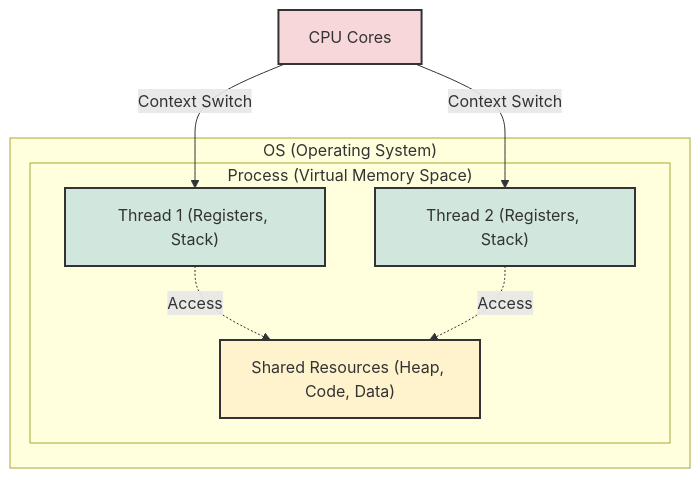
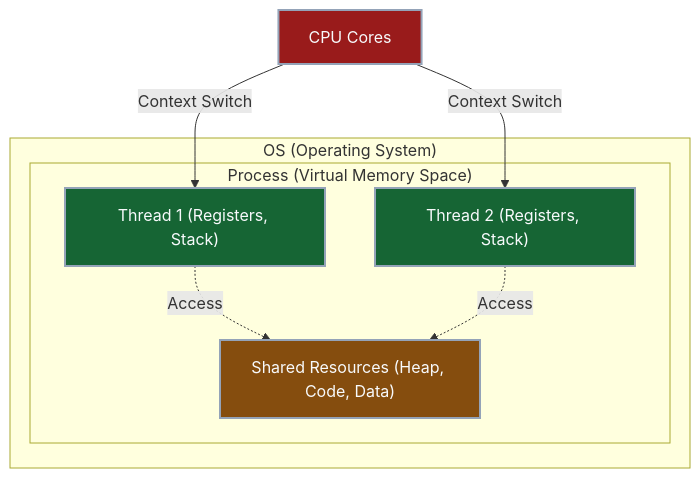
The first of 4 diagrams in _posts/java/12-멀티스레드_기본_이론/2026-03-03-프로세스와-스레드.md (Kang-Hyesung/kang-hyesung.github.io), drawn with Mermaid before and after one commit. The commit also changed other lines of this file and 74 other files, not shown here.

Commit message:
docs: update post visibility and mermaid colors

````diff
--- a/_posts/java/12-멀티스레드_기본_이론/2026-03-03-프로세스와-스레드.md
+++ b/_posts/java/12-멀티스레드_기본_이론/2026-03-03-프로세스와-스레드.md
@@ -19,22 +19,22 @@
 ```mermaid
 graph TD
     subgraph "OS (Operating System)"
         subgraph "Process (Virtual Memory Space)"
             A["Shared Resources (Heap, Code, Data)"]
             B["Thread 1 (Registers, Stack)"]
             C["Thread 2 (Registers, Stack)"]
             
             B -.->|Access| A
             C -.->|Access| A
         end
     end
     D["CPU Cores"] -->|Context Switch| B
     D -->|Context Switch| C
 
     %% 스타일 정의
-    style A fill:#fff3cd,stroke:#333,stroke-width:2px
-    style B fill:#d1e7dd,stroke:#333,stroke-width:2px
-    style C fill:#d1e7dd,stroke:#333,stroke-width:2px
-    style D fill:#f8d7da,stroke:#333,stroke-width:2px
+    style A fill:#854d0e,stroke:#94a3b8,stroke-width:2px,color:#f8fafc
+    style B fill:#166534,stroke:#94a3b8,stroke-width:2px,color:#f8fafc
+    style C fill:#166534,stroke:#94a3b8,stroke-width:2px,color:#f8fafc
+    style D fill:#991b1b,stroke:#94a3b8,stroke-width:2px,color:#f8fafc
 
 ```
````
